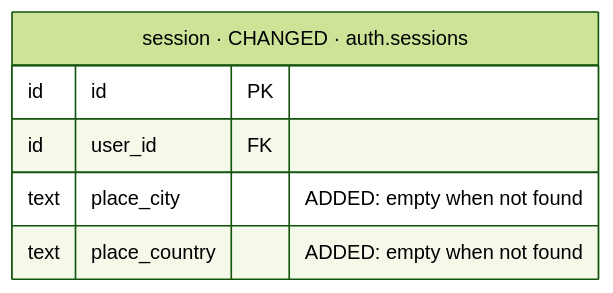
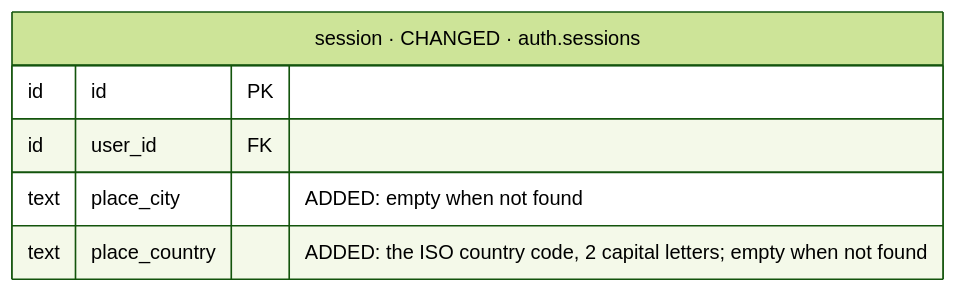
Diagram 36 of 39 in iterations/feat-instagram-dm-sending-2026-11-23-oxak/plans/db-changes.md (albetrios/meepzo-be), drawn with Mermaid (forest theme) before and after one commit. The commit also changed other lines of this file and 2 other files, not shown here.

````diff
--- a/iterations/feat-instagram-dm-sending-2026-11-23-oxak/plans/db-changes.md
+++ b/iterations/feat-instagram-dm-sending-2026-11-23-oxak/plans/db-changes.md
@@ -1489,9 +1554,9 @@
 ```mermaid
 erDiagram
   session["session · CHANGED · auth.sessions"] {
     id id PK
     id user_id FK
     text place_city "ADDED: empty when not found"
-    text place_country "ADDED: empty when not found"
+    text place_country "ADDED: the ISO country code, 2 capital letters; empty when not found"
   }
 ```
````
